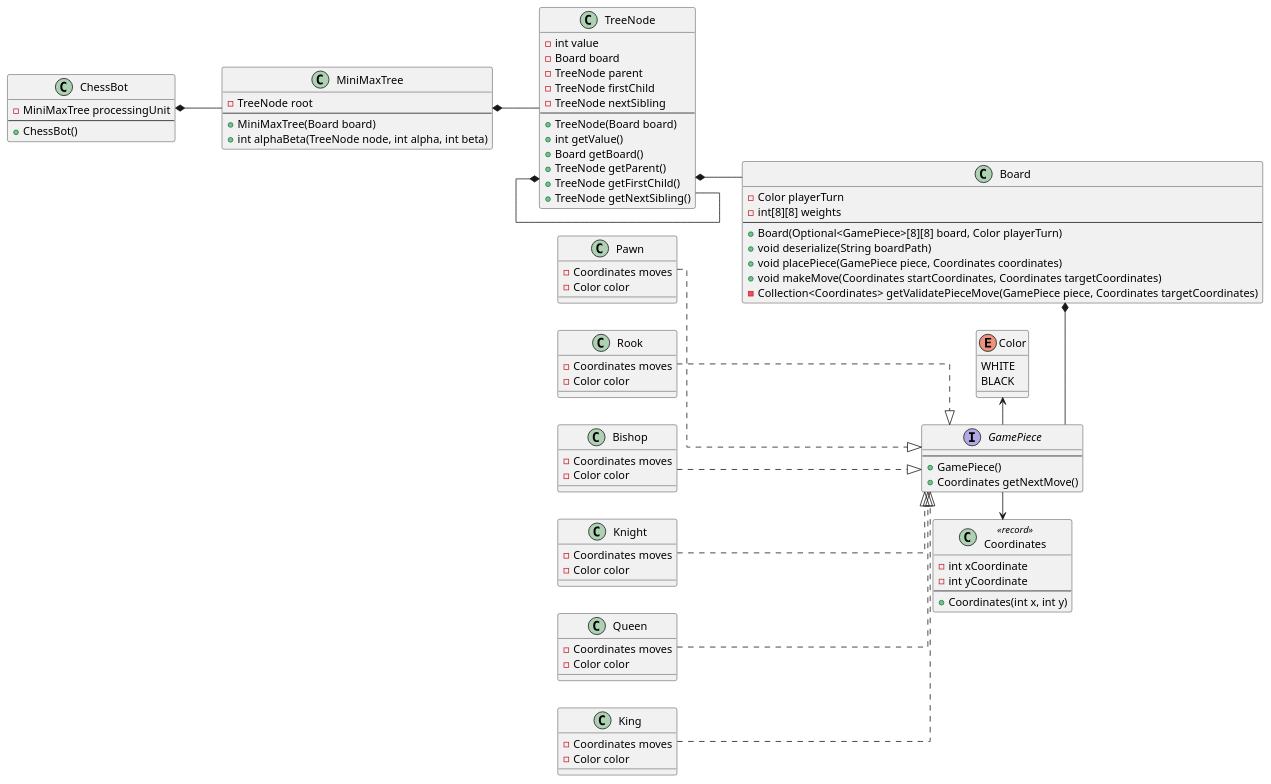
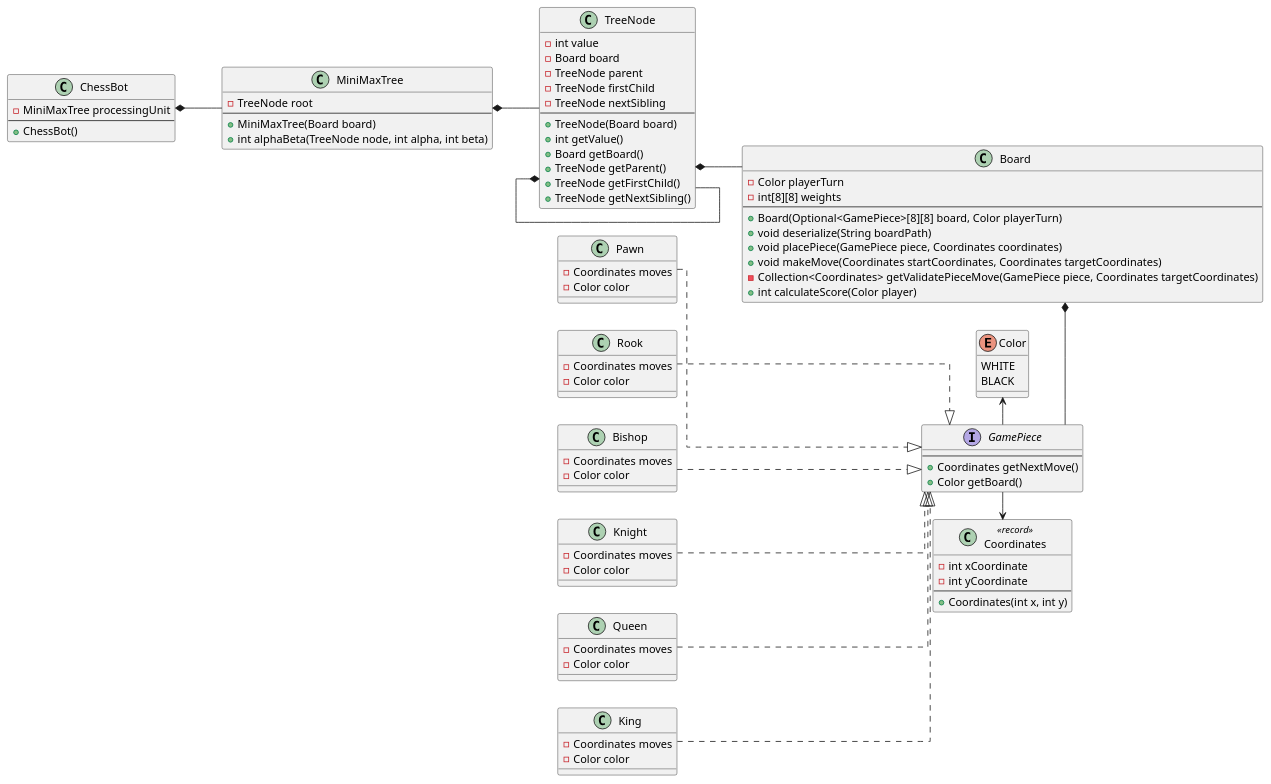
One commit to Ama-badgi/chess-engine changed the diagram in diagrams/class_diagram.puml. Above: the diagram before and after it, drawn with PlantUML.

Commit message:
feat: add methods

```diff
--- a/diagrams/class_diagram.puml
+++ b/diagrams/class_diagram.puml
@@ -1,110 +1,111 @@
 @startuml chessEngineDesignClassDiagram
 
 skinparam linetype ortho
 skinparam groupInheritance 2
 left to right direction
 
 class ChessBot {
   - MiniMaxTree processingUnit
   ---
   + ChessBot()
 }
 
 class MiniMaxTree {
   - TreeNode root
   ---
   + MiniMaxTree(Board board)
   + int alphaBeta(TreeNode node, int alpha, int beta)
 }
 
 class TreeNode {
   - int value
   - Board board
   - TreeNode parent
   - TreeNode firstChild
   - TreeNode nextSibling
   ---
   + TreeNode(Board board)
   + int getValue()
   + Board getBoard()
   + TreeNode getParent()
   + TreeNode getFirstChild()
   + TreeNode getNextSibling()
 }
 
 class Board {
   - Color playerTurn
   - int[8][8] weights
   ---
   + Board(Optional<GamePiece>[8][8] board, Color playerTurn)
   + void deserialize(String boardPath)
   + void placePiece(GamePiece piece, Coordinates coordinates)
   + void makeMove(Coordinates startCoordinates, Coordinates targetCoordinates)
   - Collection<Coordinates> getValidatePieceMove(GamePiece piece, Coordinates targetCoordinates)
+  + int calculateScore(Color player)
 }
 
 class Coordinates <<record>> {
   - int xCoordinate
   - int yCoordinate
   ---
   + Coordinates(int x, int y)
 }
 
 enum Color {
   WHITE
   BLACK
 }
 
 interface GamePiece {
   ---
-  + GamePiece()
   + Coordinates getNextMove()
+  + Color getBoard()
 }
 
 together {
   class Pawn {
     - Coordinates moves
     - Color color
   }
   class Rook {
     - Coordinates moves
     - Color color
   }
   class Bishop {
     - Coordinates moves
     - Color color
   }
   class Knight {
     - Coordinates moves
     - Color color
   }
   class Queen {
     - Coordinates moves
     - Color color
   }
   class King {
     - Coordinates moves
     - Color color
   }
 }
 
 Board -[hidden]right- GamePiece
 'GamePiece -[hidden]right- Color
 
 ChessBot    *--   MiniMaxTree
 MiniMaxTree *--   TreeNode
 TreeNode    *--   TreeNode
 TreeNode    *--   Board
 Board       *--   GamePiece
 
 Pawn        ..|>  GamePiece
 Rook        ..|>  GamePiece
 Bishop      ..|>  GamePiece
 Queen       ..|>  GamePiece
 King        ..|>  GamePiece
 Knight      ..|>  GamePiece
 
 Color       <-    GamePiece
 GamePiece   ->    Coordinates
 
 @enduml
```
